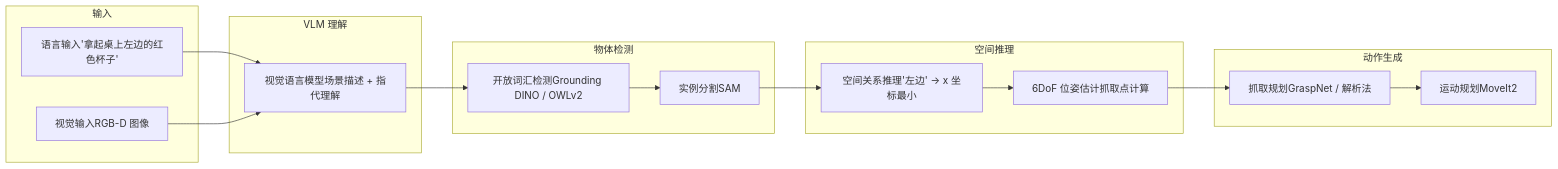
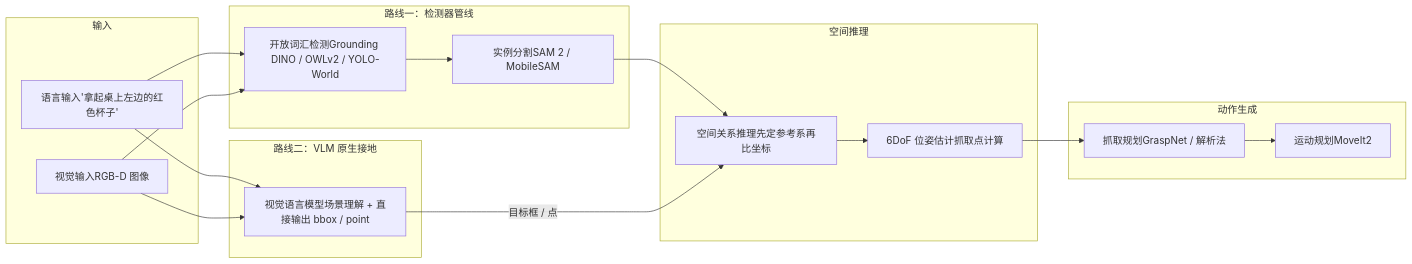
One commit to ranpin/edge-ai-docs changed the fourth of 6 diagrams in robot/general/embodied-agent.md. Above: the diagram before and after it, drawn with Mermaid. The commit also changed other lines of this file and 4 other files, not shown here.

````diff
--- a/robot/general/embodied-agent.md
+++ b/robot/general/embodied-agent.md
@@ -244,32 +450,34 @@
 ```mermaid
 graph LR
     subgraph 输入
         LANG["语言输入'拿起桌上左边的红色杯子'"]
         IMG2["视觉输入RGB-D 图像"]
     end
 
-    subgraph VLM 理解
-        VLM2["视觉语言模型场景描述 + 指代理解"]
+    subgraph R1["路线一：检测器管线"]
+        DET["开放词汇检测Grounding DINO / OWLv2 / YOLO-World"]
+        SEG["实例分割SAM 2 / MobileSAM"]
     end
 
-    subgraph 物体检测
-        DET["开放词汇检测Grounding DINO / OWLv2"]
-        SEG["实例分割SAM"]
+    subgraph R2["路线二：VLM 原生接地"]
+        VLM2["视觉语言模型场景理解 + 直接输出 bbox / point"]
     end
 
     subgraph 空间推理
-        SPATIAL["空间关系推理'左边' → x 坐标最小"]
+        SPATIAL["空间关系推理先定参考系再比坐标"]
         POSE["6DoF 位姿估计抓取点计算"]
     end
 
     subgraph 动作生成
         GRASP["抓取规划GraspNet / 解析法"]
         MOTION2["运动规划MoveIt2"]
     end
 
+    LANG --> DET
+    IMG2 --> DET
     LANG --> VLM2
     IMG2 --> VLM2
-    VLM2 --> DET --> SEG
-    SEG --> SPATIAL --> POSE
-    POSE --> GRASP --> MOTION2
+    DET --> SEG --> SPATIAL
+    VLM2 -->|"目标框 / 点"| SPATIAL
+    SPATIAL --> POSE --> GRASP --> MOTION2
 ```
````
